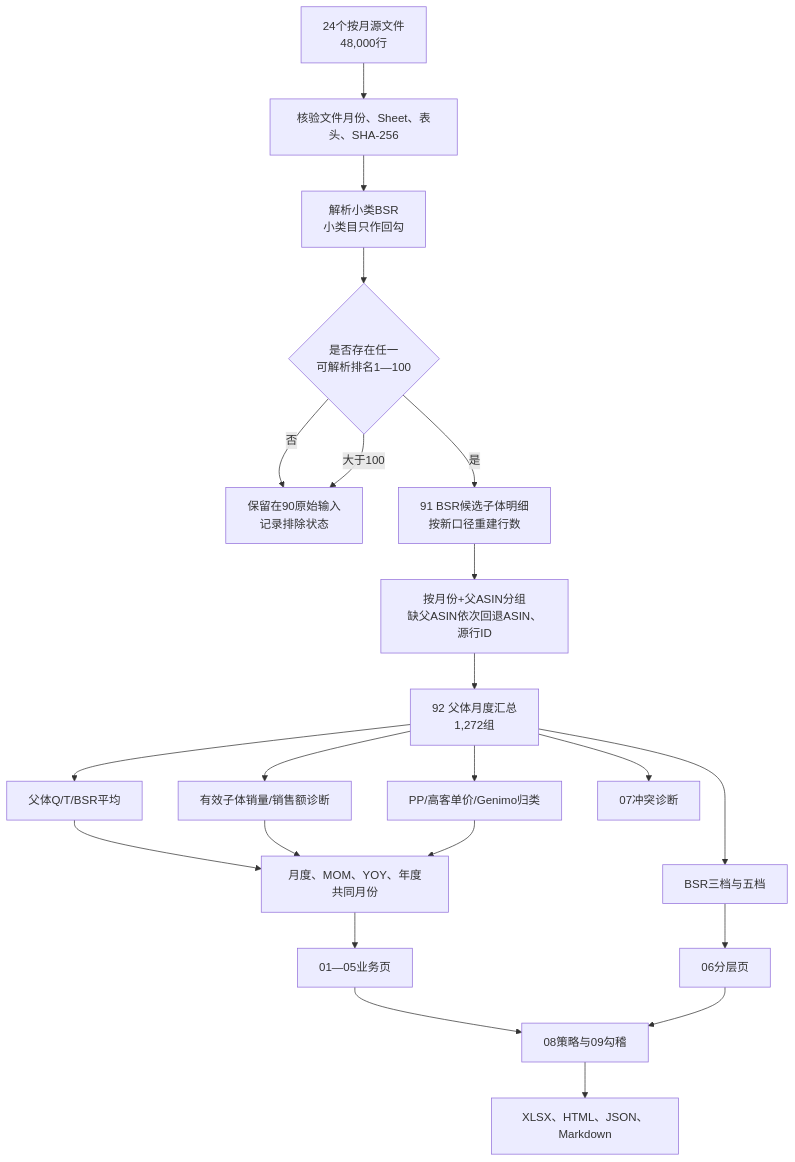
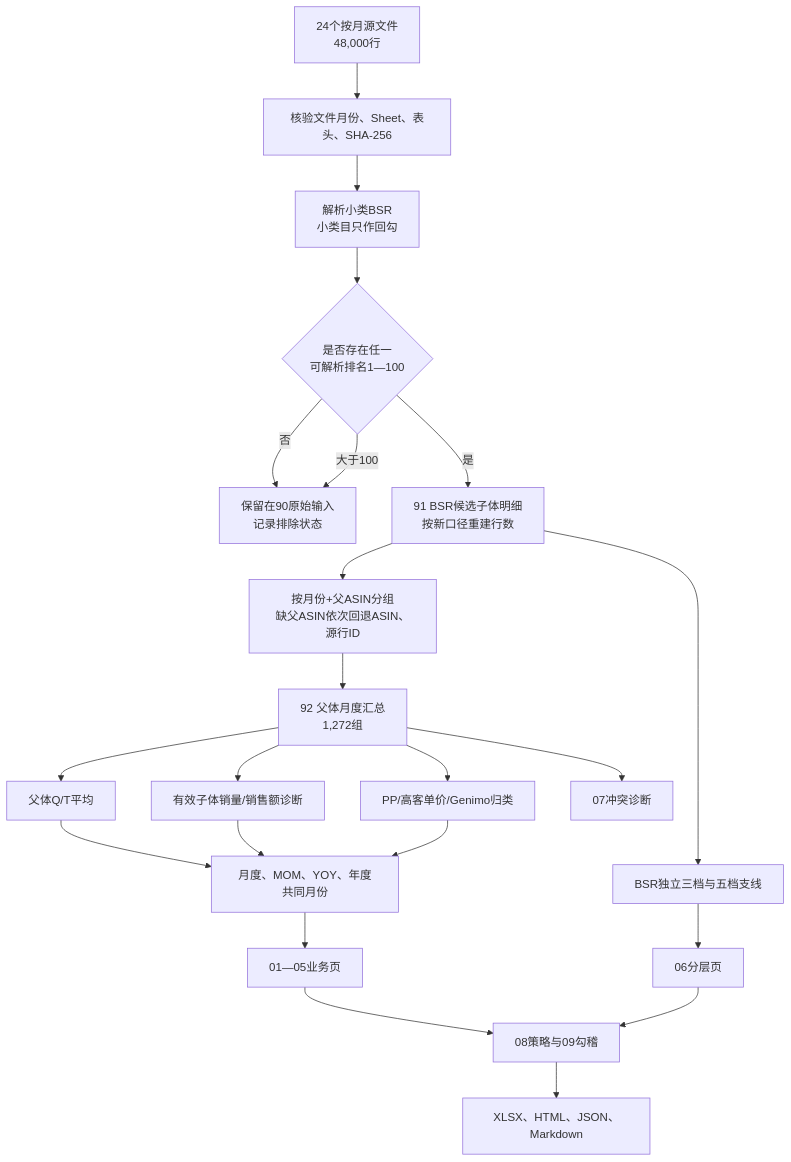
One commit to theZhouverse/t5-outdoor-rug-market-analysis changed the diagram in docs/数据处理流程与人工验算-20260922.md. Above: the diagram before and after it, drawn with Mermaid. The commit also changed other lines of this file and 4 other files, not shown here.

````diff
--- a/docs/数据处理流程与人工验算-20260922.md
+++ b/docs/数据处理流程与人工验算-20260922.md
@@ -32,24 +32,24 @@
 ```mermaid
 flowchart TD
   A[24个按月源文件<br/>48,000行] --> B[核验文件月份、Sheet、表头、SHA-256]
   B --> C[解析小类BSR<br/>小类目只作回勾]
   C --> D{是否存在任一<br/>可解析排名1—100}
   D -->|否| E[保留在90原始输入<br/>记录排除状态]
   D -->|是| F[91 BSR候选子体明细<br/>按新口径重建行数]
   D -->|大于100| E
   F --> G[按月份+父ASIN分组<br/>缺父ASIN依次回退ASIN、源行ID]
   G --> H[92 父体月度汇总<br/>1,272组]
-   H --> I[父体Q/T/BSR平均]
+   H --> I[父体Q/T平均]
    H --> J[有效子体销量/销售额诊断]
   H --> K[PP/高客单价/Genimo归类]
   I --> L[月度、MOM、YOY、年度共同月份]
   J --> L
   K --> L
-  H --> M[BSR三档与五档]
+   F --> M[BSR独立三档与五档支线]
   L --> N[01—05业务页]
   M --> O[06分层页]
   H --> P[07冲突诊断]
   N --> Q[08策略与09勾稽]
   O --> Q
   Q --> R[XLSX、HTML、JSON、Markdown]
 ```
````
